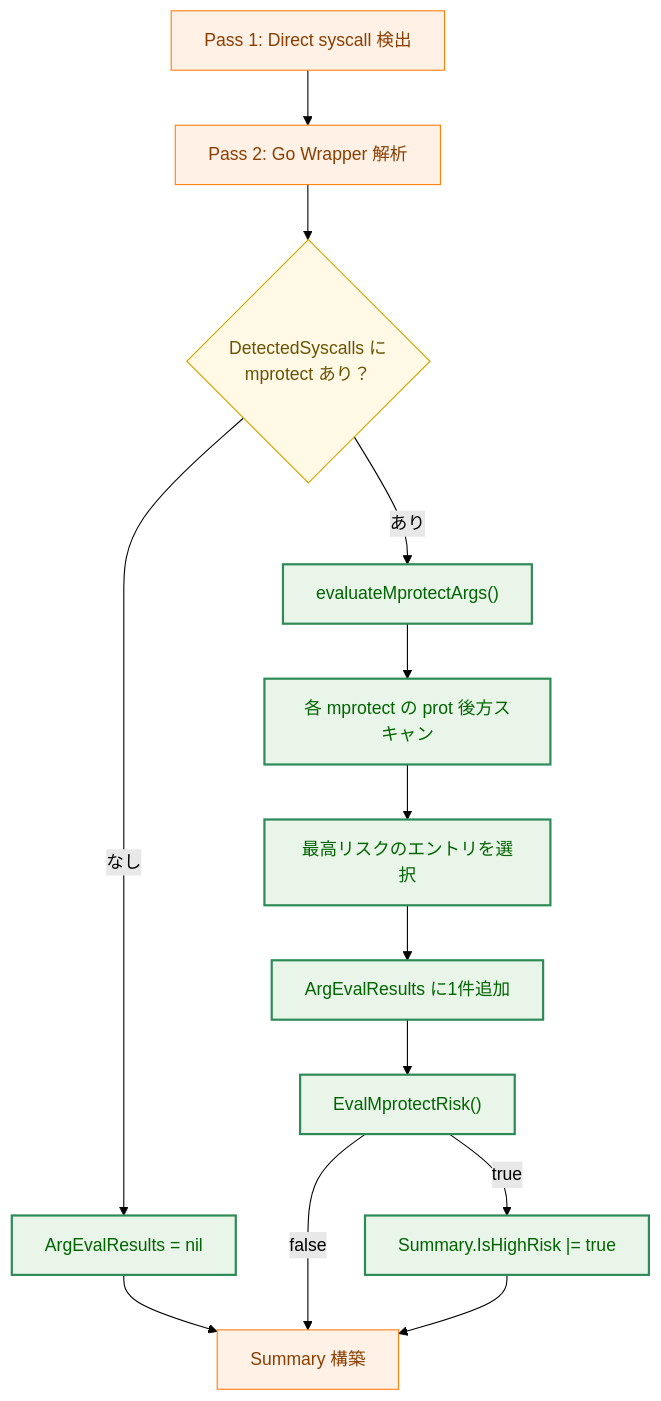
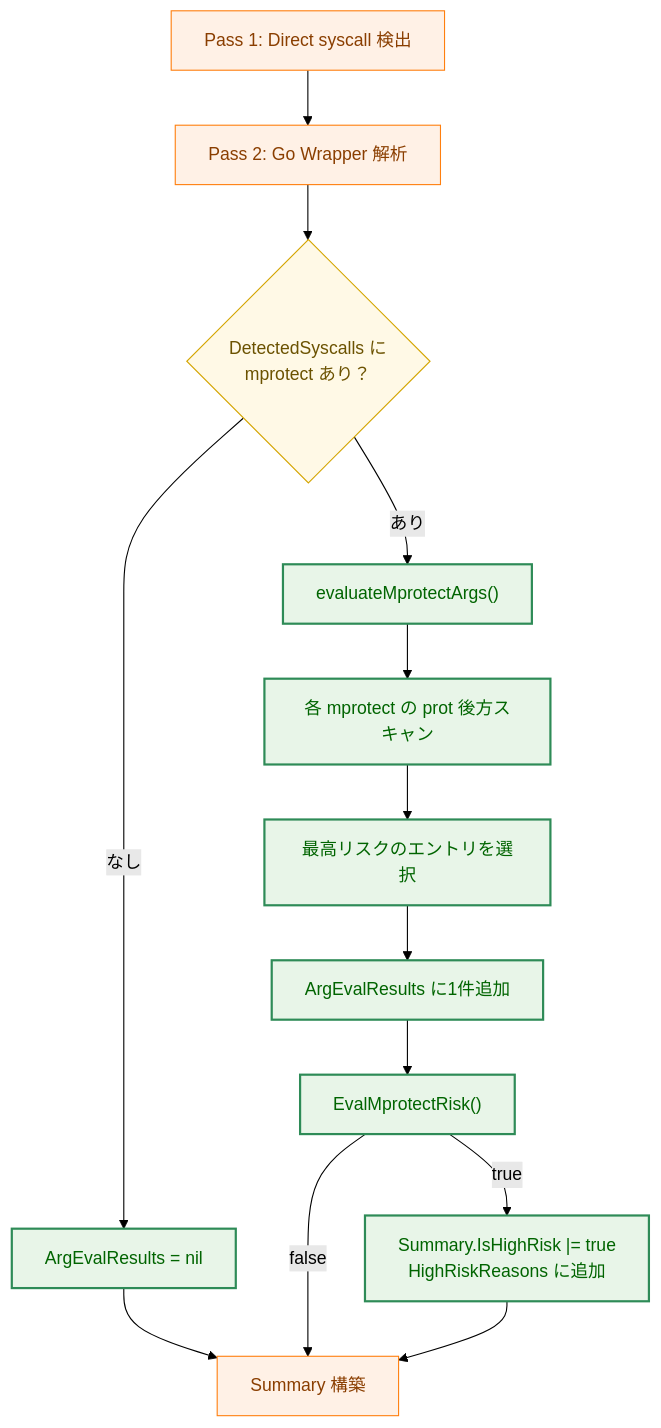
One commit to isseis/go-safe-cmd-runner changed the tenth of 14 diagrams in docs/tasks/0078_mprotect_exec_detection/02_architecture.md. Above: the diagram before and after it, drawn with Mermaid (forest theme). The commit also changed other lines of this file, not shown here.

First line of the commit message:
docs: fix import cycle, unify call site, add HighRiskReasons spec

````diff
--- a/docs/tasks/0078_mprotect_exec_detection/02_architecture.md
+++ b/docs/tasks/0078_mprotect_exec_detection/02_architecture.md
@@ -420,24 +434,24 @@
 ```mermaid
 flowchart TD
     classDef existing fill:#fff1e6,stroke:#ff7f0e,stroke-width:1px,color:#8a3e00
     classDef new fill:#e8f5e8,stroke:#2e8b57,stroke-width:2px,color:#006400
     classDef decision fill:#fff9e6,stroke:#d4a500,stroke-width:1px,color:#6b5200
 
     A["Pass 1: Direct syscall 検出"] --> B["Pass 2: Go Wrapper 解析"]
     B --> C{"DetectedSyscalls に<br>mprotect あり？"}
     C -->|"なし"| D["ArgEvalResults = nil"]
     C -->|"あり"| E["evaluateMprotectArgs()"]
     E --> F["各 mprotect の prot 後方スキャン"]
     F --> G["最高リスクのエントリを選択"]
     G --> H["ArgEvalResults に1件追加"]
     H --> I["EvalMprotectRisk()"]
     D --> J["Summary 構築"]
-    I -->|"true"| K["Summary.IsHighRisk |= true"]
+    I -->|"true"| K["Summary.IsHighRisk |= true<br>HighRiskReasons に追加"]
     I -->|"false"| J
     K --> J
 
     class A,B existing
     class C decision
     class D,E,F,G,H,I,K new
     class J existing
 ```
````
